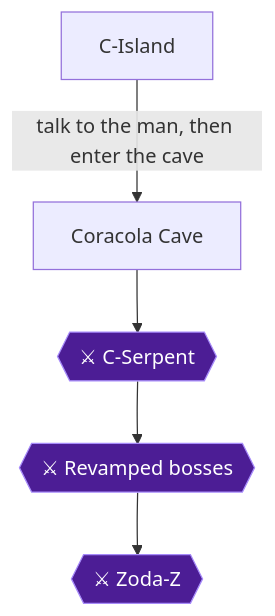
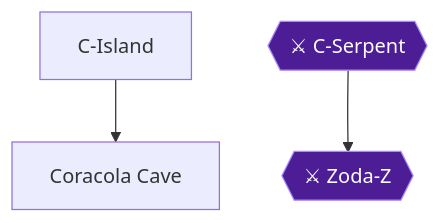
One commit to MajinFro/retro-walkthroughs changed diagram 11 of 11 in content/research/1984/08_cited.md. Above: the diagram before and after it, drawn with Mermaid. The commit also changed other lines of this file and 100 other files, not shown here.

````diff
--- a/content/research/1984/08_cited.md
+++ b/content/research/1984/08_cited.md
@@ -1930,15 +1933,12 @@
 ```mermaid
 flowchart TD
-  C_Island["C-Island"]
-  Coracola_Cave["Coracola Cave"]
-  C_Serpent{{"⚔ C-Serpent"}}
-  Boss_Rematches{{"⚔ Revamped bosses"}}
-  Zoda_Z{{"⚔ Zoda-Z"}}
-  C_Island -->|"talk to the man, then enter the cave"| Coracola_Cave
-  Coracola_Cave --> C_Serpent
-  C_Serpent --> Boss_Rematches
-  Boss_Rematches --> Zoda_Z
+  CIsland["C-Island"]
+  Coracola["Coracola Cave"]
+  CSerpent{{"⚔ C-Serpent"}}
+  ZodaZ{{"⚔ Zoda-Z"}}
+  CIsland --> Coracola
+  CSerpent --> ZodaZ
   classDef ponr fill:#7f1d1d,stroke:#f87171,color:#fff;
   classDef boss fill:#4c1d95,stroke:#a78bfa,color:#fff;
-  class C_Serpent,Boss_Rematches,Zoda_Z boss;
+  class CSerpent,ZodaZ boss;
 ```
````
